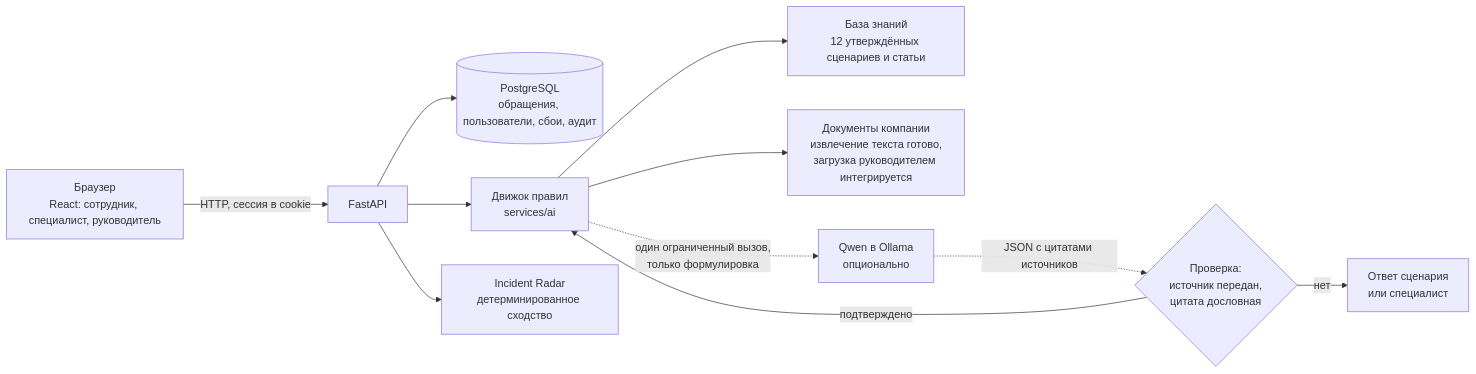
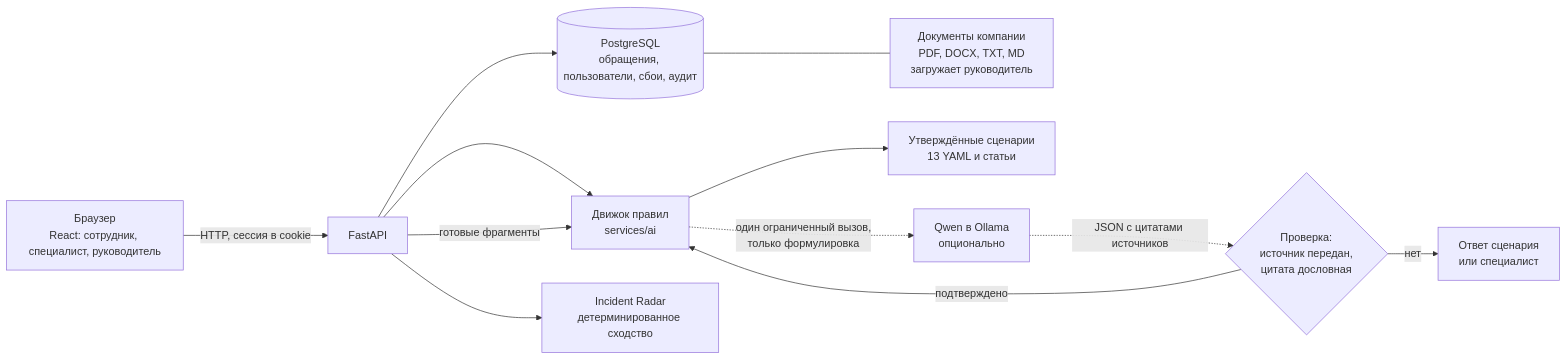
The diagram in README.md (moonqerx-droid/GEEKFORCE), drawn with Mermaid before and after one commit. The commit also changed other lines of this file and 5 other files, not shown here.

````diff
--- a/README.md
+++ b/README.md
@@ -92,13 +105,14 @@
 ```mermaid
 flowchart LR
     U[Браузер<br/>React: сотрудник, специалист, руководитель] -->|HTTP, сессия в cookie| API[FastAPI]
     API --> DB[(PostgreSQL<br/>обращения, пользователи, сбои, аудит)]
     API --> E[Движок правил<br/>services/ai]
-    E --> KB[База знаний<br/>12 утверждённых сценариев и статьи]
-    E --> DOC[Документы компании<br/>извлечение текста готово,<br/>загрузка руководителем интегрируется]
+    E --> KB[Утверждённые сценарии<br/>13 YAML и статьи]
+    API -->|готовые фрагменты| E
+    DB --- DOC[Документы компании<br/>PDF, DOCX, TXT, MD<br/>загружает руководитель]
     API --> R[Incident Radar<br/>детерминированное сходство]
     E -. один ограниченный вызов,<br/>только формулировка .-> Q[Qwen в Ollama<br/>опционально]
     Q -. JSON с цитатами источников .-> V{Проверка:<br/>источник передан,<br/>цитата дословная}
     V -->|подтверждено| E
     V -->|нет| H[Ответ сценария<br/>или специалист]
 ```
````
